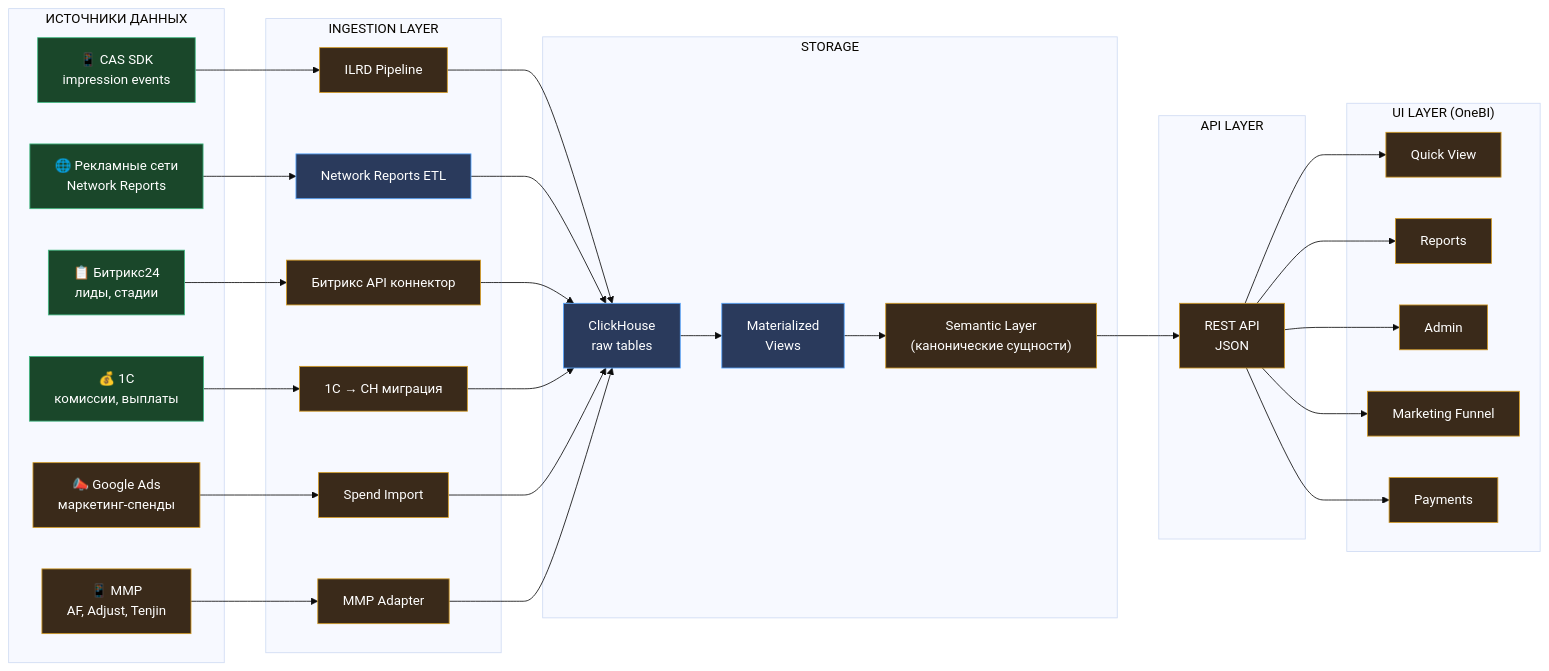
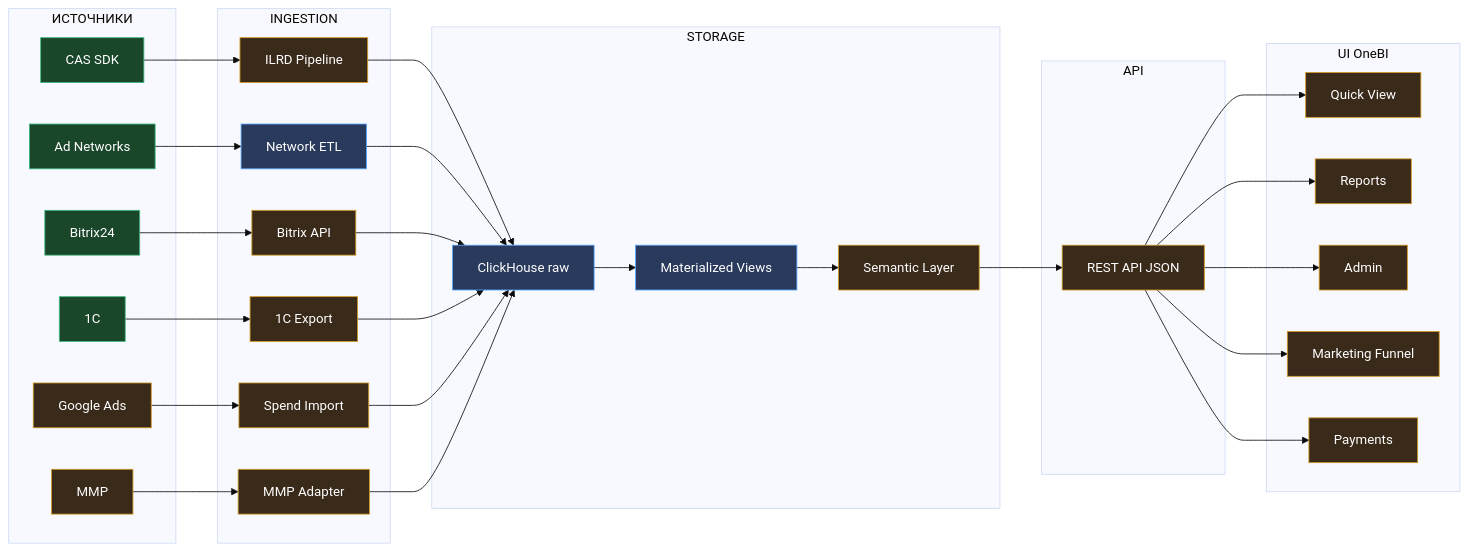
One commit to alexshevnin-cas/cas-docs changed the second of 7 diagrams in 03-product/component-map.md. Above: the diagram before and after it, drawn with Mermaid (base theme). The commit also changed other lines of this file and 2 other files, not shown here.

First line of the commit message:
fix: mermaid rendering in docsify — remove emojis, use plugin hook

````diff
--- a/03-product/component-map.md
+++ b/03-product/component-map.md
@@ -167,57 +138,57 @@
 ```mermaid
 flowchart LR
-    subgraph SOURCES["ИСТОЧНИКИ ДАННЫХ"]
-        S1["📱 CAS SDK<br/>impression events"]
-        S2["🌐 Рекламные сети<br/>Network Reports"]
-        S3["📋 Битрикс24<br/>лиды, стадии"]
-        S4["💰 1С<br/>комиссии, выплаты"]
-        S5["📣 Google Ads<br/>маркетинг-спенды"]
-        S6["📱 MMP<br/>AF, Adjust, Tenjin"]
+    subgraph SRC["ИСТОЧНИКИ"]
+        S1["CAS SDK"]
+        S2["Ad Networks"]
+        S3["Bitrix24"]
+        S4["1C"]
+        S5["Google Ads"]
+        S6["MMP"]
     end
 
-    subgraph INGESTION["INGESTION LAYER"]
+    subgraph ING["INGESTION"]
         I1["ILRD Pipeline"]
-        I2["Network Reports ETL"]
-        I3["Битрикс API коннектор"]
-        I4["1С → CH миграция"]
+        I2["Network ETL"]
+        I3["Bitrix API"]
+        I4["1C Export"]
         I5["Spend Import"]
         I6["MMP Adapter"]
     end
 
-    subgraph STORAGE["STORAGE"]
-        CH_RAW["ClickHouse<br/>raw tables"]
-        CH_MV["Materialized<br/>Views"]
-        CH_SEM["Semantic Layer<br/>(канонические сущности)"]
+    subgraph STORE["STORAGE"]
+        RAW["ClickHouse raw"]
+        MAT["Materialized Views"]
+        SEML["Semantic Layer"]
     end
 
-    subgraph API["API LAYER"]
-        REST["REST API<br/>JSON"]
+    subgraph APIL["API"]
+        REST["REST API JSON"]
     end
 
-    subgraph UI["UI LAYER (OneBI)"]
+    subgraph UIL["UI OneBI"]
         U1["Quick View"]
         U2["Reports"]
         U3["Admin"]
         U4["Marketing Funnel"]
         U5["Payments"]
     end
 
-    S1 --> I1 --> CH_RAW
-    S2 --> I2 --> CH_RAW
-    S3 --> I3 --> CH_RAW
-    S4 --> I4 --> CH_RAW
-    S5 --> I5 --> CH_RAW
-    S6 --> I6 --> CH_RAW
+    S1 --> I1
+    S2 --> I2
+    S3 --> I3
+    S4 --> I4
+    S5 --> I5
+    S6 --> I6
 
-    CH_RAW --> CH_MV --> CH_SEM --> REST
-
+    I1 & I2 & I3 & I4 & I5 & I6 --> RAW
+    RAW --> MAT --> SEML --> REST
     REST --> U1 & U2 & U3 & U4 & U5
 
     classDef done fill:#1a472a,stroke:#42b983,color:#fff
     classDef wip fill:#2a3a5c,stroke:#58A6FF,color:#fff
     classDef planned fill:#3a2a1a,stroke:#d29922,color:#fff
 
     class S1,S2,S3,S4 done
-    class I2,CH_RAW,CH_MV wip
-    class I1,I3,I4,I5,I6,CH_SEM,REST,U1,U2,U3,U4,U5,S5,S6 planned
+    class I2,RAW,MAT wip
+    class I1,I3,I4,I5,I6,SEML,REST,U1,U2,U3,U4,U5,S5,S6 planned
 ```
````
